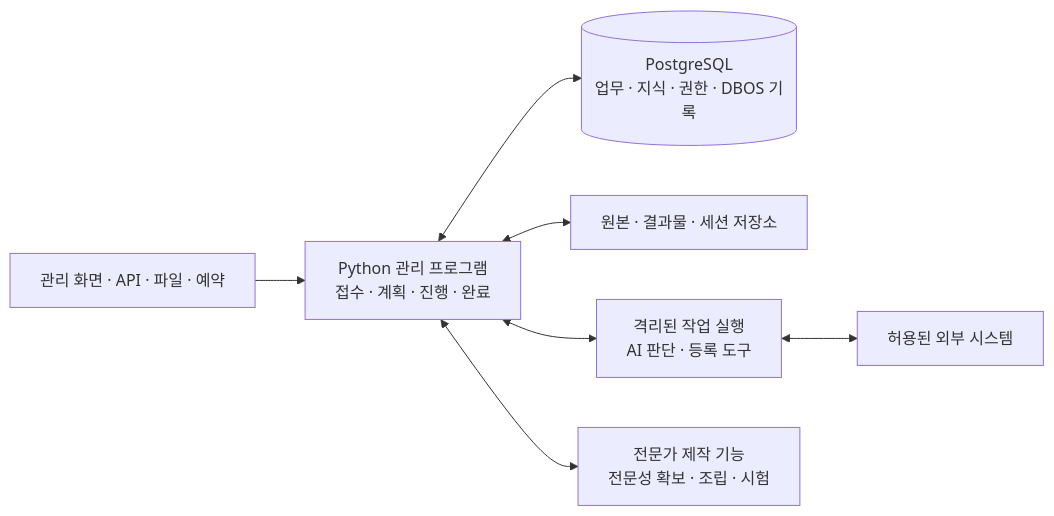
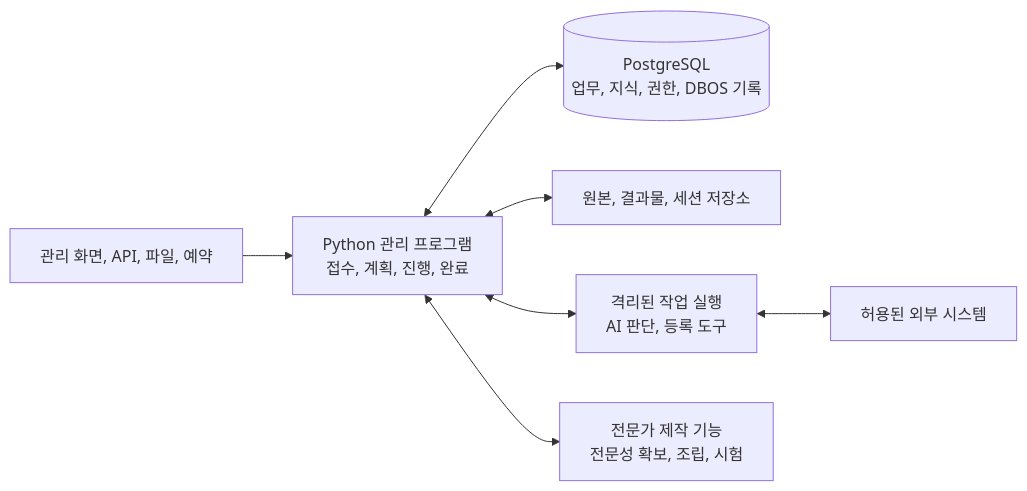
One commit to harisbaguette/expert changed the diagram in 공장 구현 설계.md. Above: the diagram before and after it, drawn with Mermaid. The commit also changed other lines of this file, not shown here.

````diff
--- a/공장 구현 설계.md
+++ b/공장 구현 설계.md
@@ -26,9 +26,9 @@
 ```mermaid
 flowchart LR
-    A[관리 화면 · API · 파일 · 예약] --> B["Python 관리 프로그램<br/>접수 · 계획 · 진행 · 완료"]
-    B <--> C[("PostgreSQL<br/>업무 · 지식 · 권한 · DBOS 기록")]
-    B <--> D[원본 · 결과물 · 세션 저장소]
-    B <--> E["격리된 작업 실행<br/>AI 판단 · 등록 도구"]
-    E <--> F[허용된 외부 시스템]
-    B <--> G["전문가 제작 기능<br/>전문성 확보 · 조립 · 시험"]
+    A["관리 화면, API, 파일, 예약"] --> B["Python 관리 프로그램<br/>접수, 계획, 진행, 완료"]
+    B <--> C[("PostgreSQL<br/>업무, 지식, 권한, DBOS 기록")]
+    B <--> D["원본, 결과물, 세션 저장소"]
+    B <--> E["격리된 작업 실행<br/>AI 판단, 등록 도구"]
+    E <--> F["허용된 외부 시스템"]
+    B <--> G["전문가 제작 기능<br/>전문성 확보, 조립, 시험"]
 ```
````
